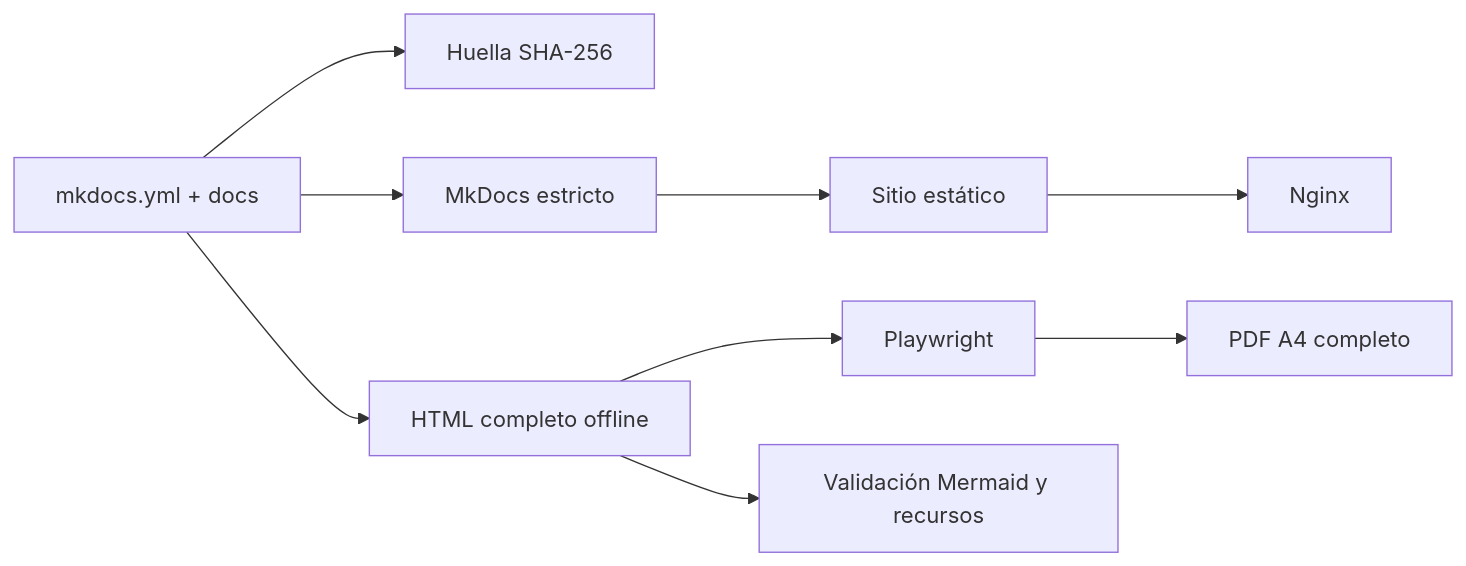
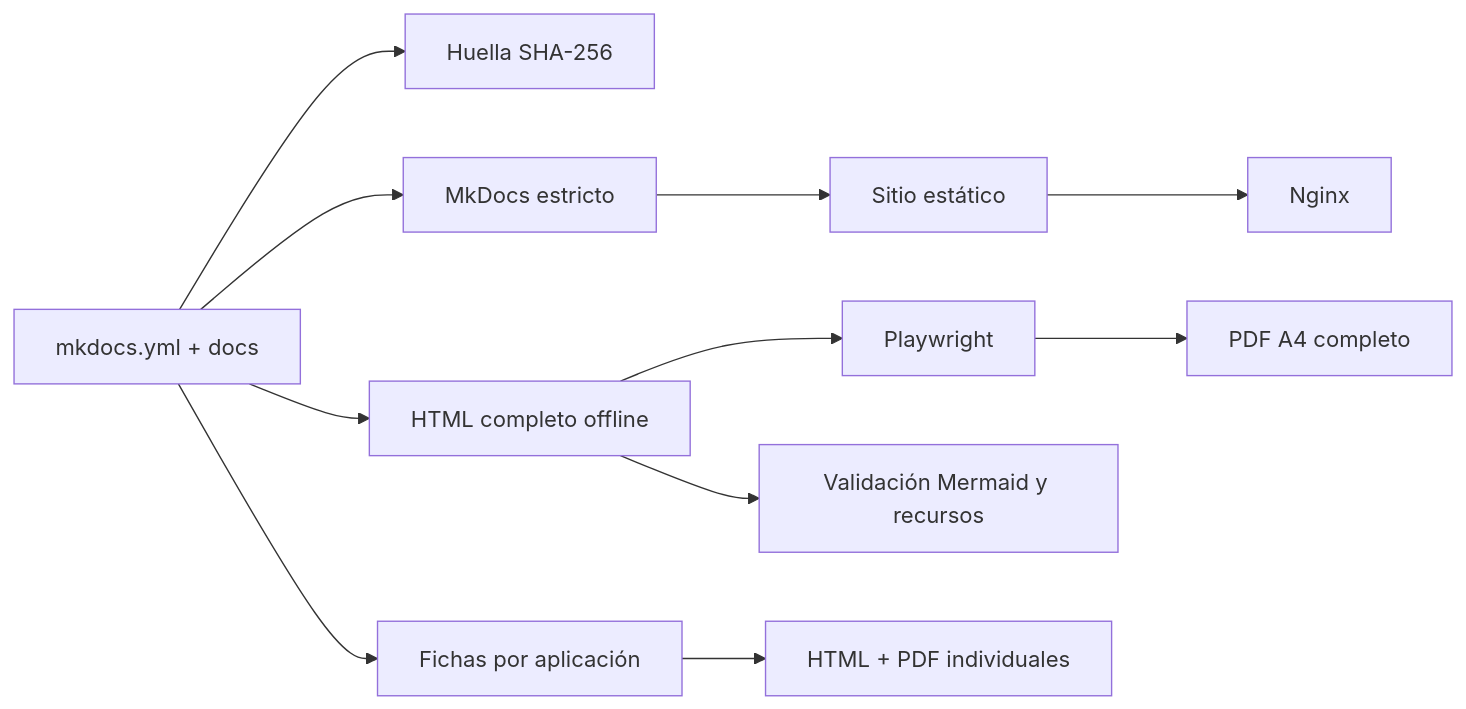
The diagram in docs/autodocumentacion.md (ratienza/infra-replicant-lab), drawn with Mermaid before and after one commit. The commit also changed other lines of this file and 45 other files, not shown here.

````diff
--- a/docs/autodocumentacion.md
+++ b/docs/autodocumentacion.md
@@ -7,11 +7,13 @@
 ```mermaid
 flowchart LR
     S[mkdocs.yml + docs] --> V[Huella SHA-256]
     S --> M[MkDocs estricto]
     M --> WEB[Sitio estático]
     S --> H[HTML completo offline]
     H --> P[Playwright]
     P --> PDF[PDF A4 completo]
+    S --> F[Fichas por aplicación]
+    F --> FP[HTML + PDF individuales]
     H --> C[Validación Mermaid y recursos]
     WEB --> N[Nginx]
 ```
````
